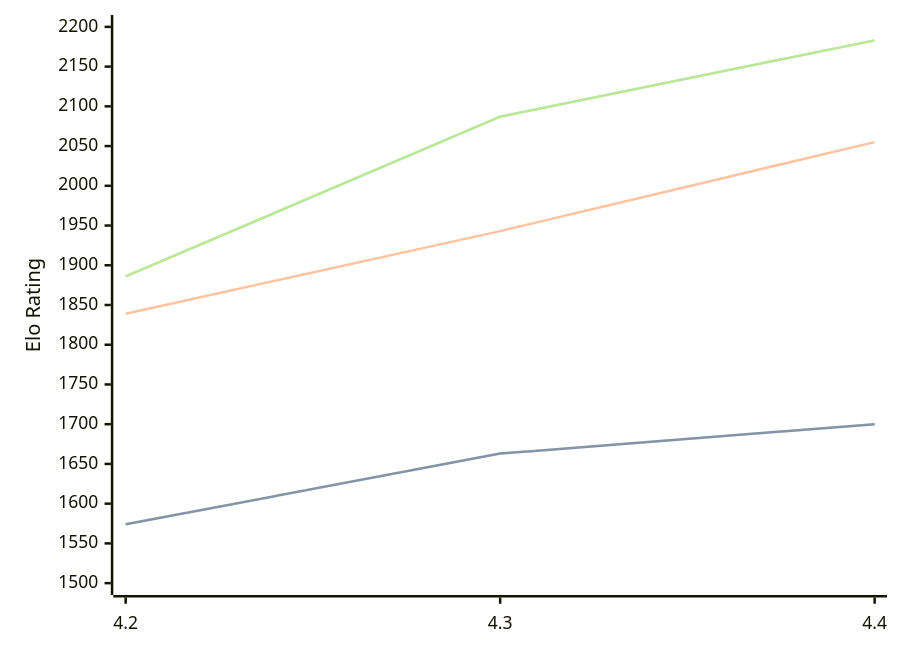
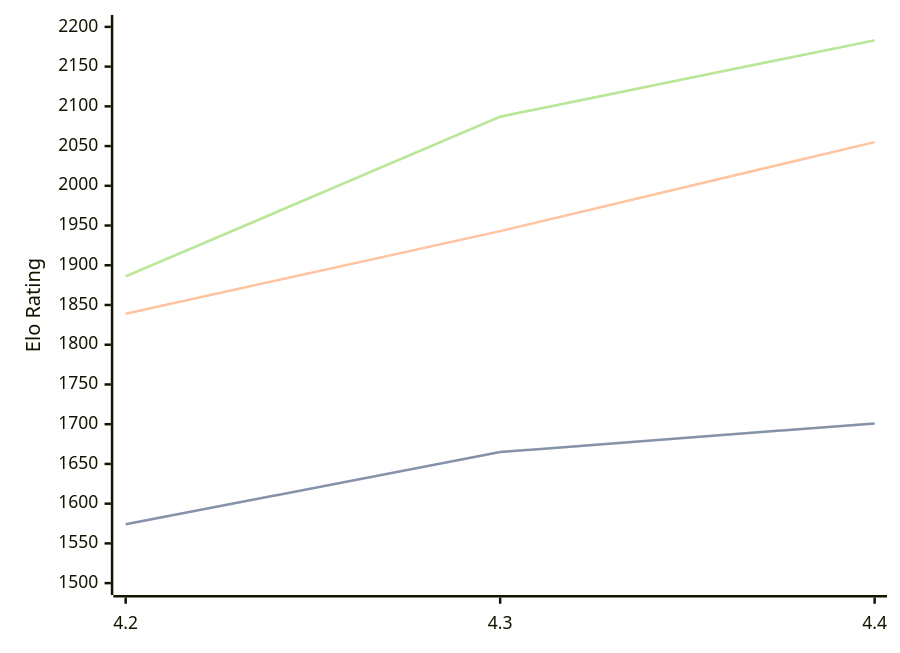
One commit to computer-chess-index/cci changed the diagram in engines/Radiance.md. Above: the diagram before and after it, drawn with Mermaid. The commit also changed other lines of this file, not shown here.

````diff
--- a/engines/Radiance.md
+++ b/engines/Radiance.md
@@ -36,11 +36,11 @@
 ```mermaid
 %%{init: {"theme":"base","themeVariables":{"seriesColors:['#a3a3a3','#222221','#faa371']}}}%%
 xychart-beta
   x-axis ["4.2", "4.3", "4.4"]
   y-axis "Elo Rating" 1500 --> 2200
-  line "STC (8.0+0.08s)" [1574, 1663, 1700]
-  line "STC (8.0+0.08s)" [1574, 1663, 1700]
+  line "STC (8.0+0.08s)" [1574, 1665, 1701]
+  line "STC (8.0+0.08s)" [1574, 1665, 1701]
   line "LTC (60.0+0.60s)" [1839, 1943, 2055]
   line "VLTC (2m24s+1.12s)" [1886, 2087, 2183]
   line "VLTC (2m24s+1.12s)" [1886, 2087, 2183]
 ```
````
